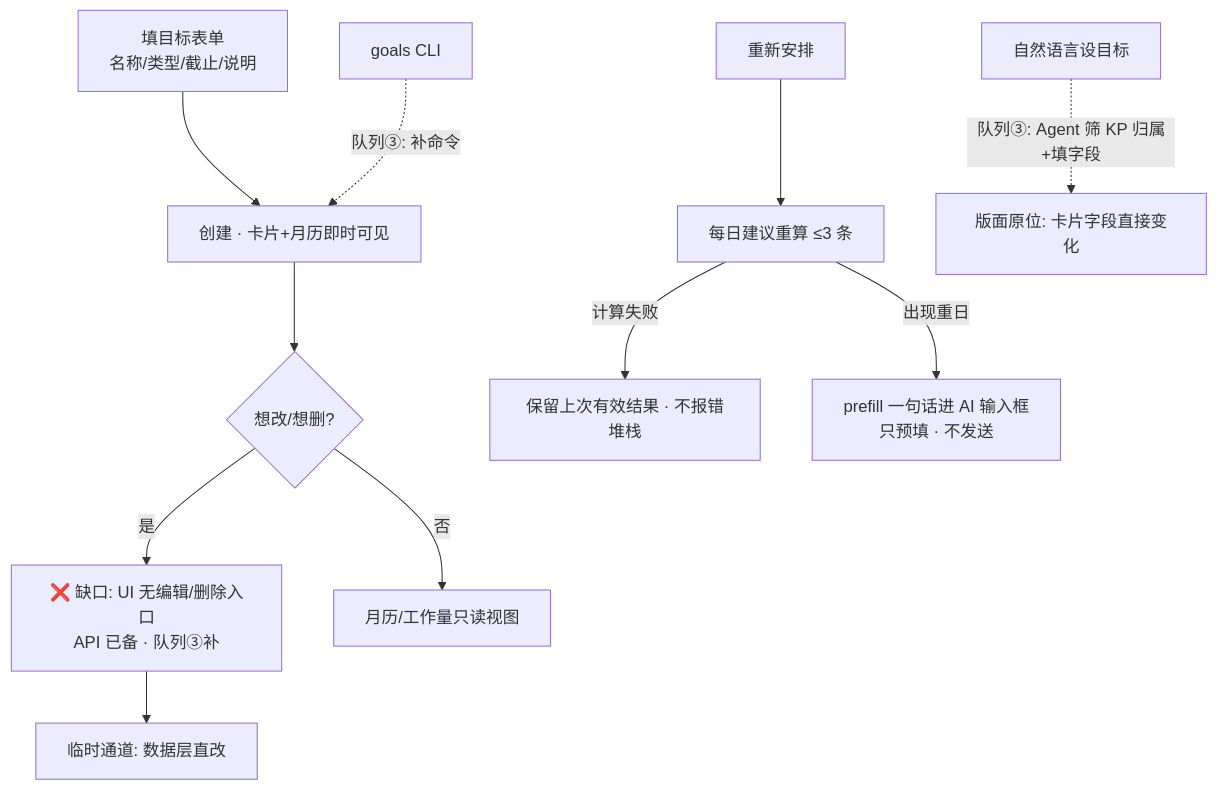
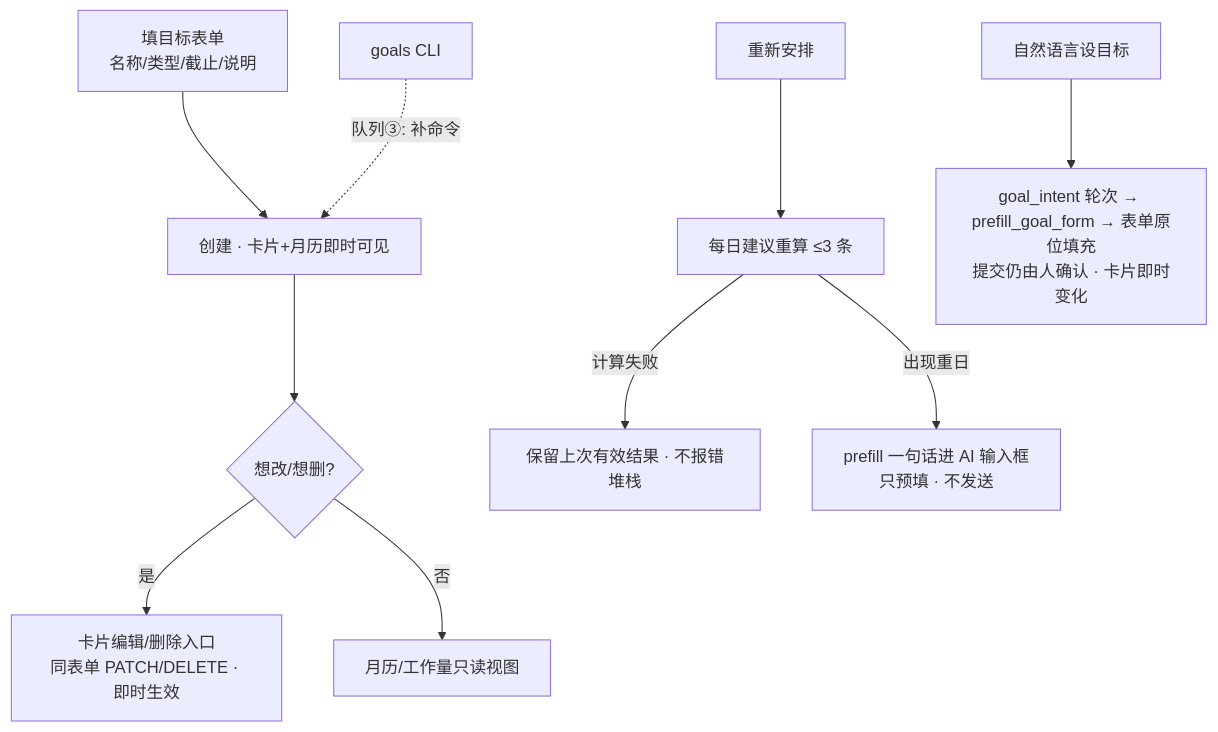
Before and after one commit to Amazinnn/Lesson-Kit: the third of 4 diagrams in docs/action-graph/L4-workflows.md, drawn with Mermaid. The commit also changed other lines of this file and 16 other files, not shown here.

````diff
--- a/docs/action-graph/L4-workflows.md
+++ b/docs/action-graph/L4-workflows.md
@@ -66,12 +66,12 @@
 ```mermaid
 flowchart TD
   A[填目标表单<br/>名称/类型/截止/说明] --> B[创建 · 卡片+月历即时可见]
   B --> C{想改/想删?}
-  C -- 是 --> X1[❌ 缺口: UI 无编辑/删除入口<br/>API 已备 · 队列③补] --> X2[临时通道: 数据层直改]
+  C -- 是 --> X1[卡片编辑/删除入口<br/>同表单 PATCH/DELETE · 即时生效]
   C -- 否 --> D[月历/工作量只读视图]
   E[重新安排] --> F[每日建议重算 ≤3 条]
   F -- 计算失败 --> F1[保留上次有效结果 · 不报错堆栈]
   F -- 出现重日 --> G[prefill 一句话进 AI 输入框<br/>只预填 · 不发送]
-  Y1[自然语言设目标] -.队列③: Agent 筛 KP 归属+填字段.-> Y2[版面原位: 卡片字段直接变化]
+  Y1[自然语言设目标] --> Y2[goal_intent 轮次 → prefill_goal_form → 表单原位填充<br/>提交仍由人确认 · 卡片即时变化]
   Y3[goals CLI] -.队列③: 补命令.-> B
 ```
````
